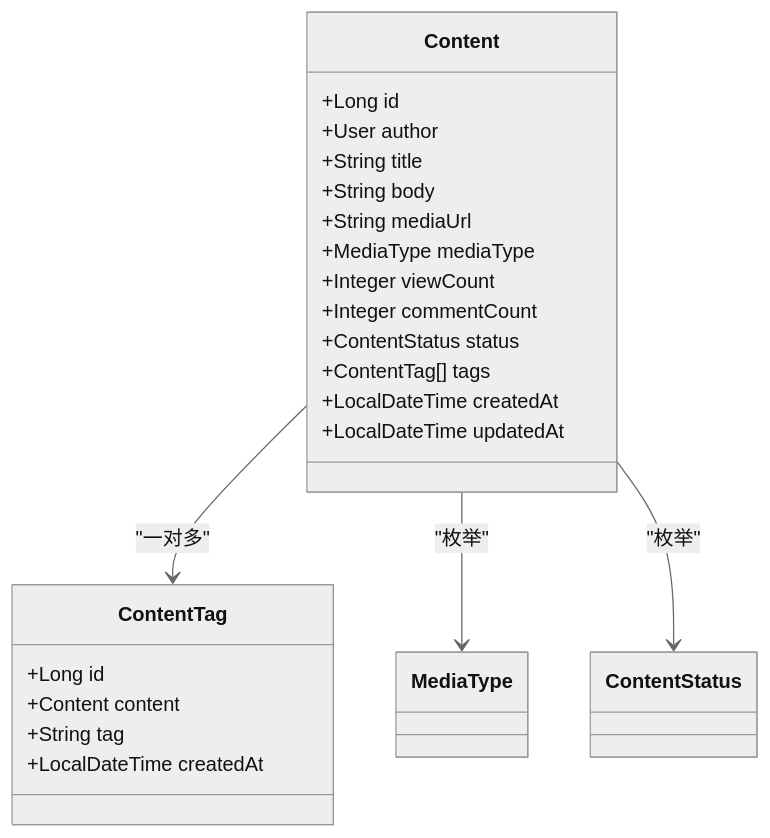
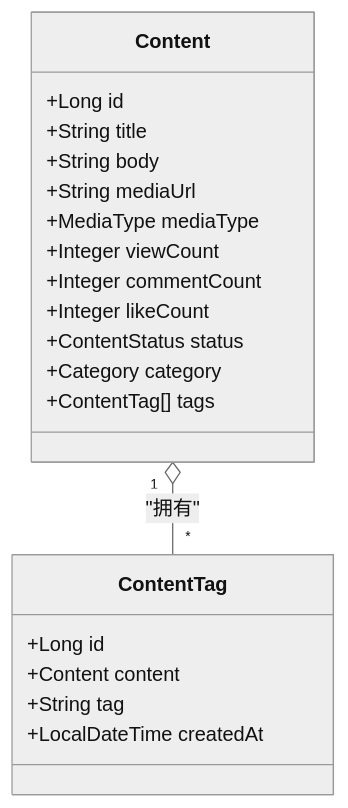
Before and after one commit to koala-xiong/communication-qoder: the sixth of 11 diagrams in .qoder/repowiki/zh/content/内容管理系统/内容管理系统.md, drawn with Mermaid (neutral theme). The commit also changed other lines of this file and 73 other files, not shown here.

````diff
--- a/.qoder/repowiki/zh/content/内容管理系统/内容管理系统.md
+++ b/.qoder/repowiki/zh/content/内容管理系统/内容管理系统.md
@@ -157,30 +272,23 @@
 ```mermaid
 classDiagram
 class Content {
 +Long id
-+User author
 +String title
 +String body
 +String mediaUrl
 +MediaType mediaType
 +Integer viewCount
 +Integer commentCount
++Integer likeCount
 +ContentStatus status
++Category category
 +ContentTag[] tags
-+LocalDateTime createdAt
-+LocalDateTime updatedAt
 }
 class ContentTag {
 +Long id
 +Content content
 +String tag
 +LocalDateTime createdAt
 }
-class MediaType {
-}
-class ContentStatus {
-}
-Content --> ContentTag : "一对多"
-Content --> MediaType : "枚举"
-Content --> ContentStatus : "枚举"
+Content "1" o-- "*" ContentTag : "拥有"
 ```
````
